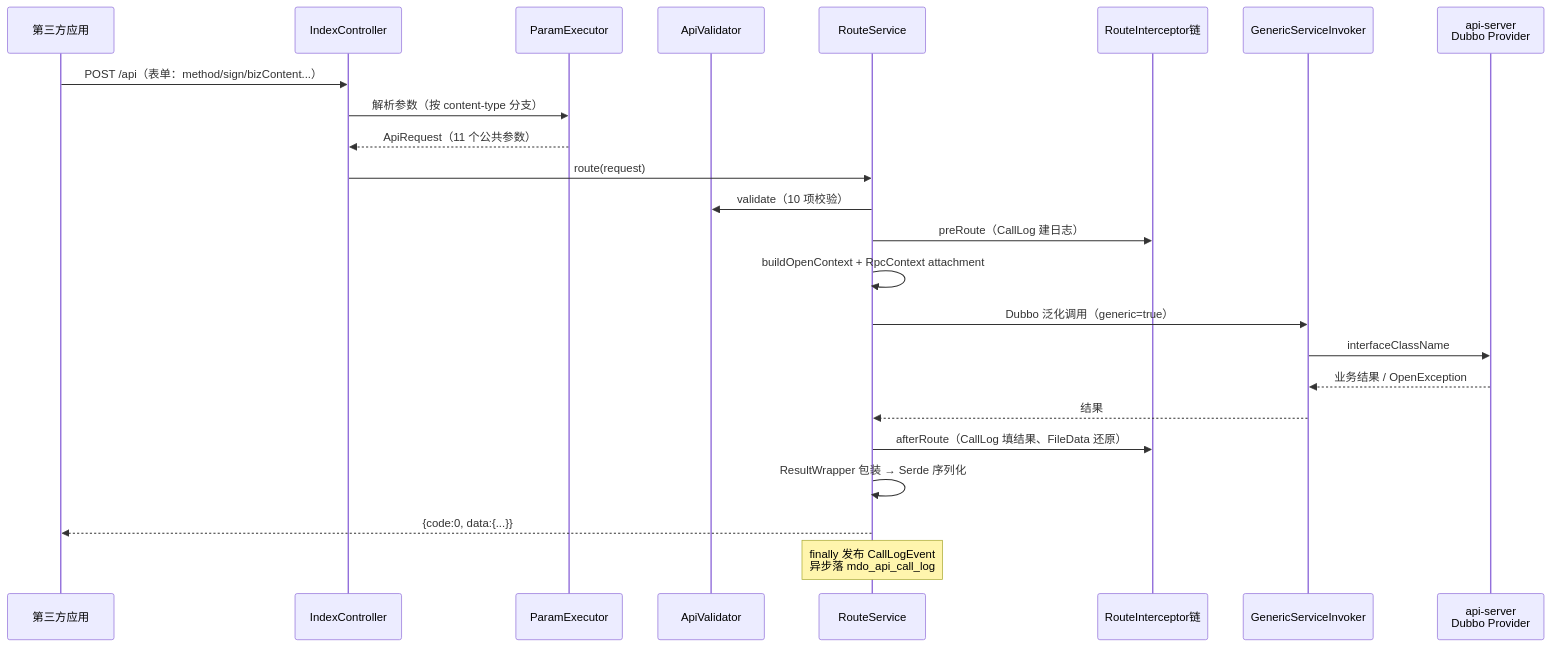
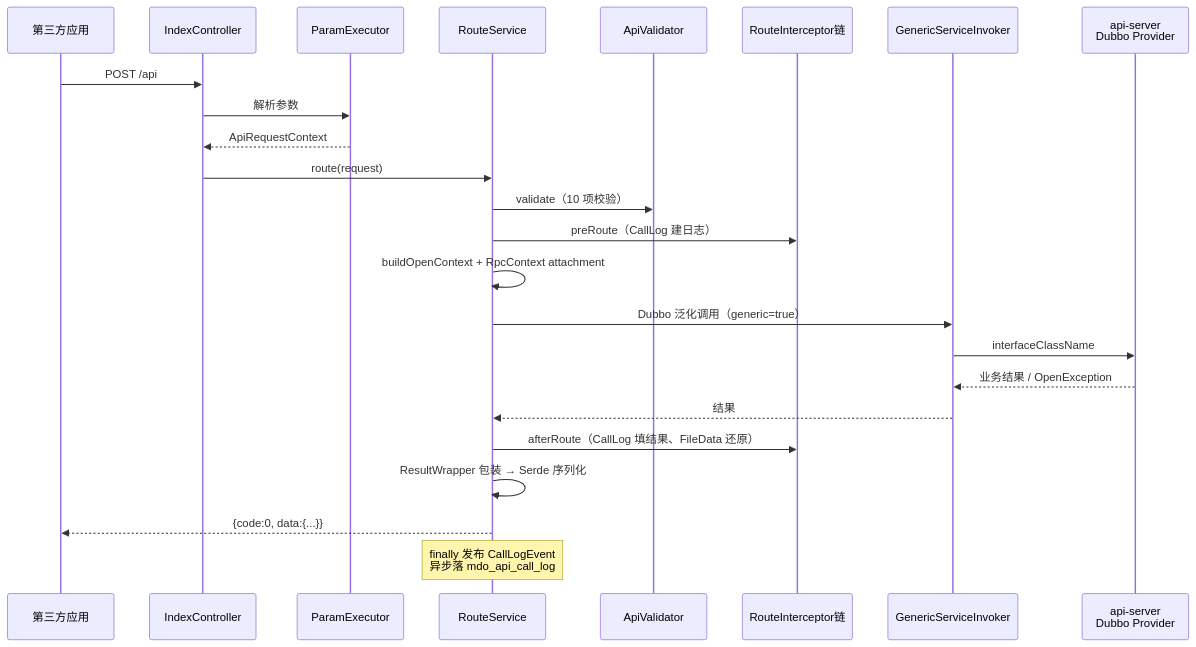
One commit to henhen6/mdp-docs changed the diagram in src/doc/advanced/open/调用链路与扩展点.md. Above: the diagram before and after it, drawn with Mermaid. The commit also changed other lines of this file, not shown here.

Commit message:
docs(advanced): 优化调用链路与扩展点文档描述
- 调整第三方请求在 sop-gateway 的完整执行过程描述
- 统一调用链路步骤表达，提升文档清晰度
- 修改流程图中 ApiRequest 为 ApiRequestContext，明确上下文
- 对接口请求参数描述进行简化，去除多余信息
- 修正流程中ApiValidator参与顺序，保持代码一致性

````diff
--- a/src/doc/advanced/open/调用链路与扩展点.md
+++ b/src/doc/advanced/open/调用链路与扩展点.md
@@ -14,27 +14,27 @@
 ```mermaid
 sequenceDiagram
     participant ISV as 第三方应用
     participant IC as IndexController
     participant PE as ParamExecutor
+    participant RS as RouteService
     participant AV as ApiValidator
-    participant RS as RouteService
     participant RI as RouteInterceptor链
     participant GI as GenericServiceInvoker
     participant PR as api-server<br/>Dubbo Provider
 
-    ISV->>IC: POST /api（表单：method/sign/bizContent...）
-    IC->>PE: 解析参数（按 content-type 分支）
-    PE-->>IC: ApiRequest（11 个公共参数）
+    ISV->>IC: POST /api
+    IC->>PE: 解析参数
+    PE-->>IC: ApiRequestContext
     IC->>RS: route(request)
     RS->>AV: validate（10 项校验）
     RS->>RI: preRoute（CallLog 建日志）
     RS->>RS: buildOpenContext + RpcContext attachment
     RS->>GI: Dubbo 泛化调用（generic=true）
     GI->>PR: interfaceClassName#methodName
     PR-->>GI: 业务结果 / OpenException
     GI-->>RS: 结果
     RS->>RI: afterRoute（CallLog 填结果、FileData 还原）
     RS->>RS: ResultWrapper 包装 → Serde 序列化
     RS-->>ISV: {code:0, data:{...}}
     Note over RS: finally 发布 CallLogEvent<br/>异步落 mdo_api_call_log
 ```
````
